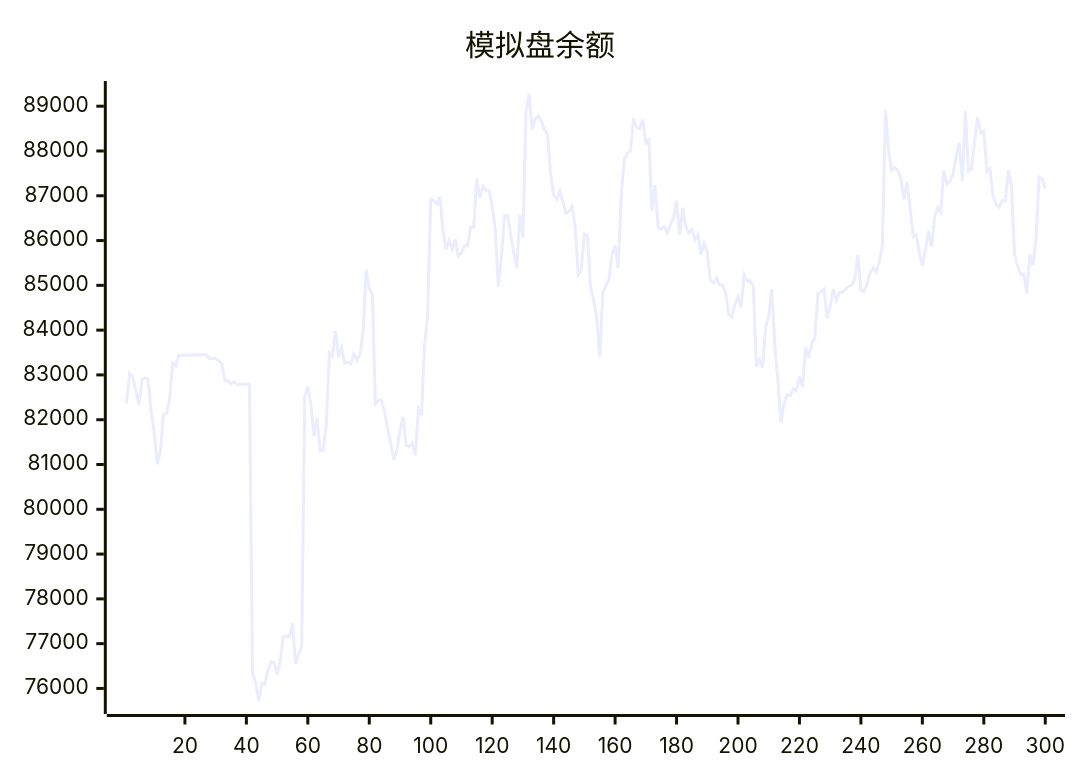
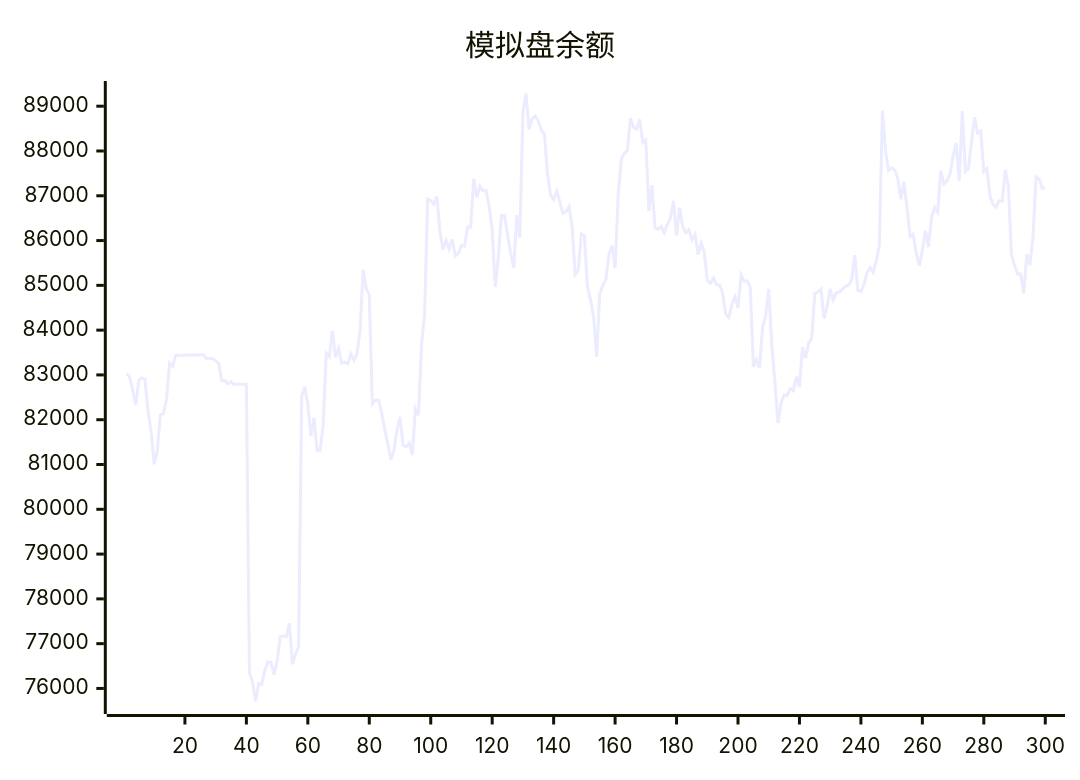
The diagram in README.md (aahl/ai-trading), drawn with Mermaid before and after one commit. The commit also changed other lines of this file and 1 other file, not shown here.

````diff
--- a/README.md
+++ b/README.md
@@ -5,5 +5,5 @@
 ```mermaid
 xychart
     title "模拟盘余额"
-    line [82366,83032,82960,82654,82330,82883,82934,82901,82188,81728,81005,81298,82110,82135,82449,83264,83203,83440,83439,83440,83440,83446,83447,83448,83447,83448,83449,83369,83369,83369,83313,83256,82872,82873,82801,82844,82785,82791,82791,82793,82794,76339,76145,75714,76110,76096,76397,76594,76585,76310,76607,77160,77170,77160,77456,76541,76774,76927,82520,82744,82337,81639,82040,81307,81314,81887,83490,83414,83984,83396,83594,83261,83287,83253,83470,83327,83465,83987,85348,84930,84786,82355,82433,82438,82167,81795,81466,81105,81315,81756,82064,81426,81398,81481,81210,82242,82099,83658,84359,86925,86892,86814,86980,86203,85802,86003,85811,86028,85657,85721,85896,85880,86300,86299,87378,86965,87214,87115,87118,86780,86238,84966,85623,86555,86562,86129,85722,85387,86569,86070,88870,89278,88477,88720,88781,88668,88467,88372,87493,87018,86917,87102,86870,86613,86644,86758,86317,85242,85334,86149,86106,84968,84671,84302,83410,84816,85001,85127,85693,85891,85384,87001,87811,87945,88007,88734,88528,88495,88705,88189,88248,86662,87234,86279,86251,86314,86177,86364,86503,86886,86114,86731,86310,86176,86240,86017,86136,85685,85938,85749,85111,85044,85164,85016,85008,84824,84354,84287,84572,84745,84500,85234,85096,85095,84970,83180,83338,83157,84070,84309,84922,83667,82850,81924,82369,82552,82539,82695,82648,82962,82728,83619,83378,83710,83825,84819,84854,84917,84265,84527,84919,84668,84834,84850,84916,84981,85004,85131,85674,84891,84864,85019,85284,85393,85294,85538,85894,88904,88012,87567,87625,87568,87386,86920,87313,86737,86094,86143,85725,85437,85787,86219,85859,86526,86740,86630,87563,87264,87335,87483,87886,88180,87335,88894,87544,87608,88207,88755,88401,88444,87543,87608,87000,86810,86740,86894,86884,87576,87209,85686,85435,85251,85255,84820,85689,85453,86066,87420,87373,87161]
+    line [83032,82960,82654,82330,82883,82934,82901,82188,81728,81005,81298,82110,82135,82449,83264,83203,83440,83439,83440,83440,83446,83447,83448,83447,83448,83449,83369,83369,83369,83313,83256,82872,82873,82801,82844,82785,82791,82791,82793,82794,76339,76145,75714,76110,76096,76397,76594,76585,76310,76607,77160,77170,77160,77456,76541,76774,76927,82520,82744,82337,81639,82040,81307,81314,81887,83490,83414,83984,83396,83594,83261,83287,83253,83470,83327,83465,83987,85348,84930,84786,82355,82433,82438,82167,81795,81466,81105,81315,81756,82064,81426,81398,81481,81210,82242,82099,83658,84359,86925,86892,86814,86980,86203,85802,86003,85811,86028,85657,85721,85896,85880,86300,86299,87378,86965,87214,87115,87118,86780,86238,84966,85623,86555,86562,86129,85722,85387,86569,86070,88870,89278,88477,88720,88781,88668,88467,88372,87493,87018,86917,87102,86870,86613,86644,86758,86317,85242,85334,86149,86106,84968,84671,84302,83410,84816,85001,85127,85693,85891,85384,87001,87811,87945,88007,88734,88528,88495,88705,88189,88248,86662,87234,86279,86251,86314,86177,86364,86503,86886,86114,86731,86310,86176,86240,86017,86136,85685,85938,85749,85111,85044,85164,85016,85008,84824,84354,84287,84572,84745,84500,85234,85096,85095,84970,83180,83338,83157,84070,84309,84922,83667,82850,81924,82369,82552,82539,82695,82648,82962,82728,83619,83378,83710,83825,84819,84854,84917,84265,84527,84919,84668,84834,84850,84916,84981,85004,85131,85674,84891,84864,85019,85284,85393,85294,85538,85894,88904,88012,87567,87625,87568,87386,86920,87313,86737,86094,86143,85725,85437,85787,86219,85859,86526,86740,86630,87563,87264,87335,87483,87886,88180,87335,88894,87544,87608,88207,88755,88401,88444,87543,87608,87000,86810,86740,86894,86884,87576,87209,85686,85435,85251,85255,84820,85689,85453,86066,87420,87373,87161,87178]
 ```
````
